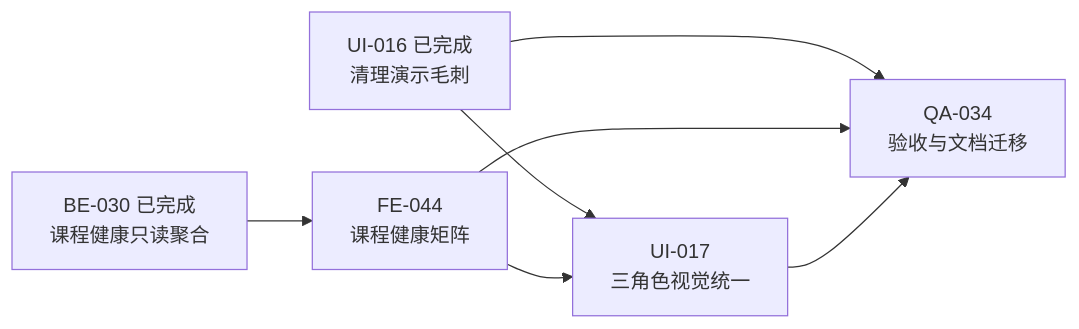
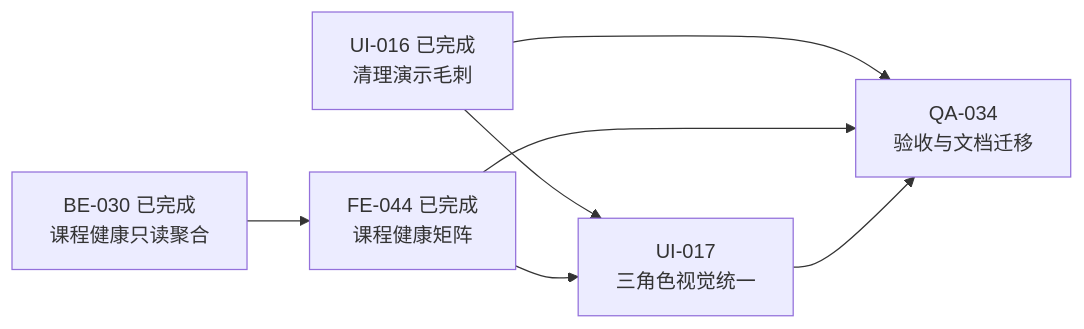
One commit to falling-feather/Astra changed the first of 2 diagrams in doc/02-更新规划.md. Above: the diagram before and after it, drawn with Mermaid. The commit also changed other lines of this file and 34 other files, not shown here.

````diff
--- a/doc/02-更新规划.md
+++ b/doc/02-更新规划.md
@@ -138,15 +138,15 @@
 ```mermaid
 flowchart LR
     A[UI-016 已完成\n清理演示毛刺]
     B[BE-030 已完成\n课程健康只读聚合]
-    C[FE-044\n课程健康矩阵]
+    C[FE-044 已完成\n课程健康矩阵]
     D[UI-017\n三角色视觉统一]
     E[QA-034\n验收与文档迁移]
 
     A --> D
     B --> C
     C --> D
     A --> E
     C --> E
     D --> E
 ```
````
